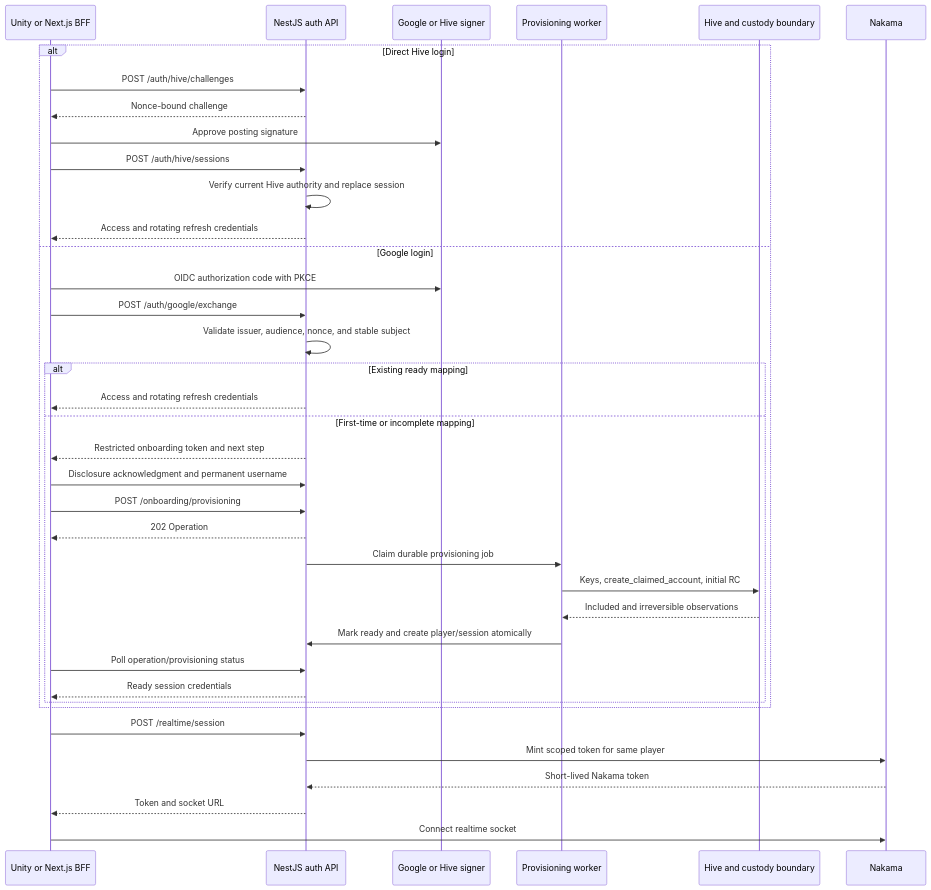
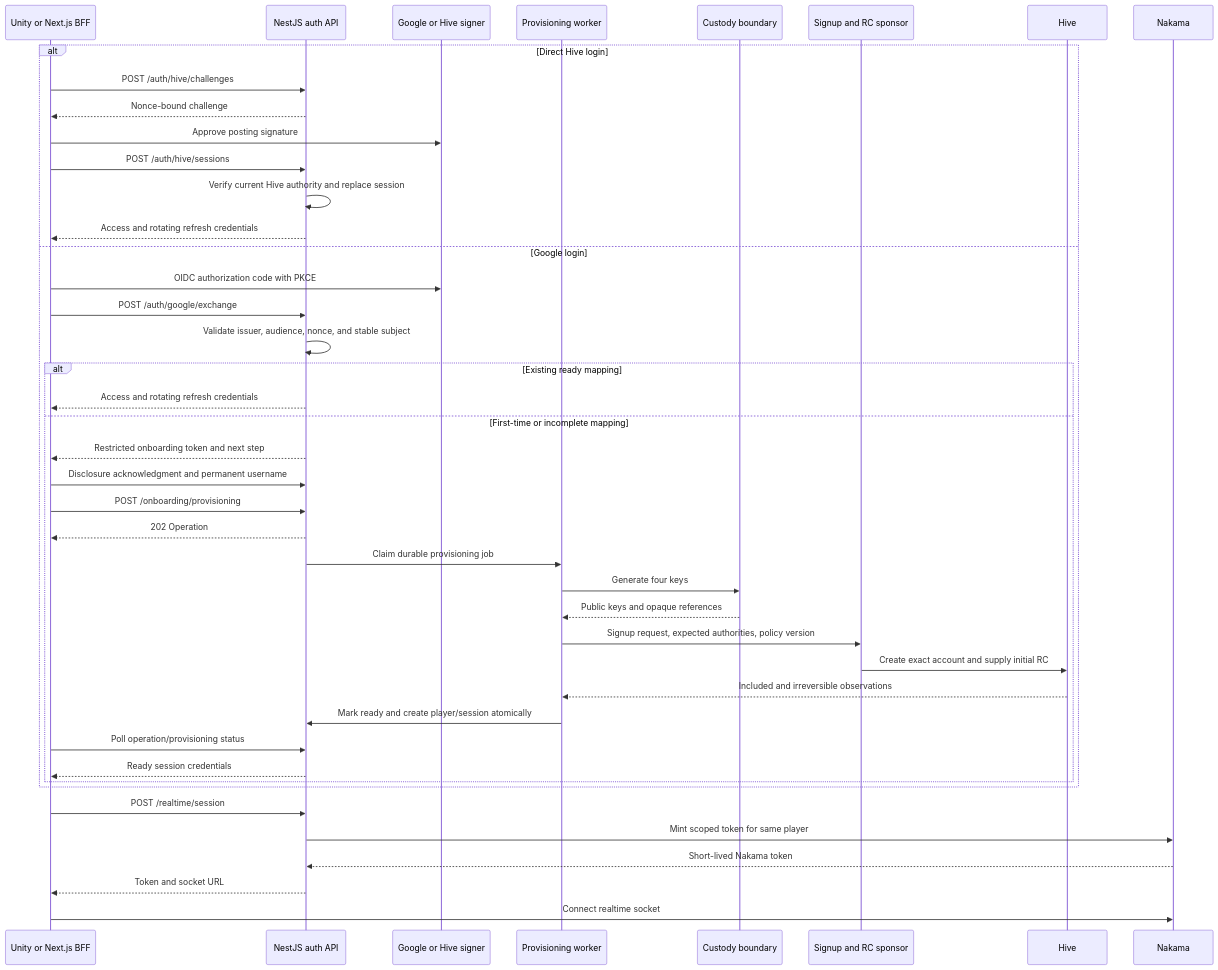
One commit to hdev-core/hive-chameleon changed the second of 5 diagrams in docs/technical-specification/architecture/architecture-and-api-design.md. Above: the diagram before and after it, drawn with Mermaid. The commit also changed other lines of this file and 6 other files, not shown here.

First line of the commit message:
docs: align Hive onboarding, signing, and Hetzner architecture

````diff
--- a/docs/technical-specification/architecture/architecture-and-api-design.md
+++ b/docs/technical-specification/architecture/architecture-and-api-design.md
@@ -270,41 +287,46 @@
 ```mermaid
 sequenceDiagram
     participant C as Unity or Next.js BFF
     participant A as NestJS auth API
     participant G as Google or Hive signer
     participant P as Provisioning worker
-    participant H as Hive and custody boundary
+    participant K as Custody boundary
+    participant S as Signup and RC sponsor
+    participant H as Hive
     participant N as Nakama
 
     alt Direct Hive login
         C->>A: POST /auth/hive/challenges
         A-->>C: Nonce-bound challenge
         C->>G: Approve posting signature
         C->>A: POST /auth/hive/sessions
         A->>A: Verify current Hive authority and replace session
         A-->>C: Access and rotating refresh credentials
     else Google login
         C->>G: OIDC authorization code with PKCE
         C->>A: POST /auth/google/exchange
         A->>A: Validate issuer, audience, nonce, and stable subject
         alt Existing ready mapping
             A-->>C: Access and rotating refresh credentials
         else First-time or incomplete mapping
             A-->>C: Restricted onboarding token and next step
             C->>A: Disclosure acknowledgment and permanent username
             C->>A: POST /onboarding/provisioning
             A-->>C: 202 Operation
             A->>P: Claim durable provisioning job
-            P->>H: Keys, create_claimed_account, initial RC
+            P->>K: Generate four keys
+            K-->>P: Public keys and opaque references
+            P->>S: Signup request, expected authorities, policy version
+            S->>H: Create exact account and supply initial RC
             H-->>P: Included and irreversible observations
             P->>A: Mark ready and create player/session atomically
             C->>A: Poll operation/provisioning status
             A-->>C: Ready session credentials
         end
     end
     C->>A: POST /realtime/session
     A->>N: Mint scoped token for same player
     N-->>A: Short-lived Nakama token
     A-->>C: Token and socket URL
     C->>N: Connect realtime socket
 ```
````
